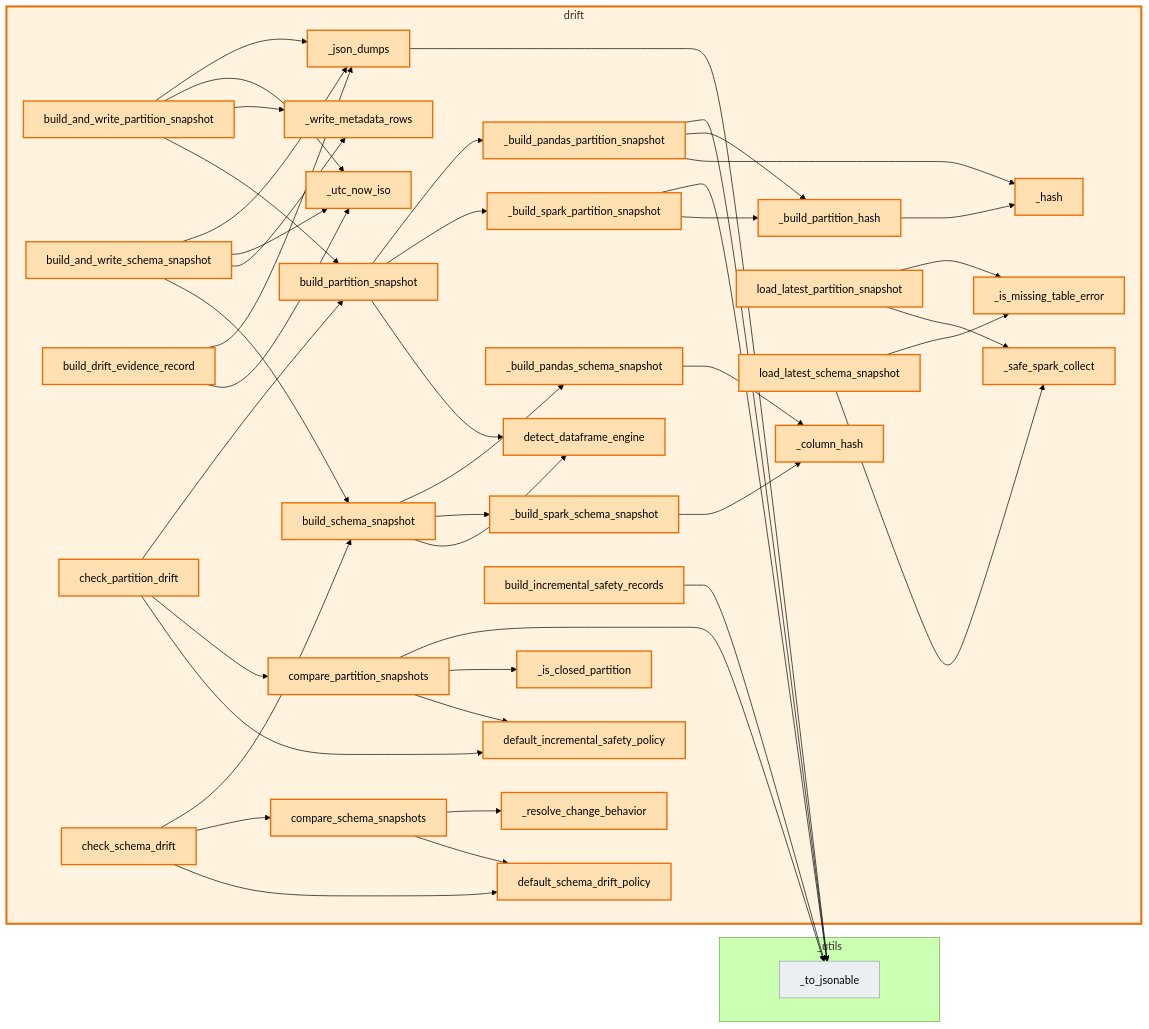
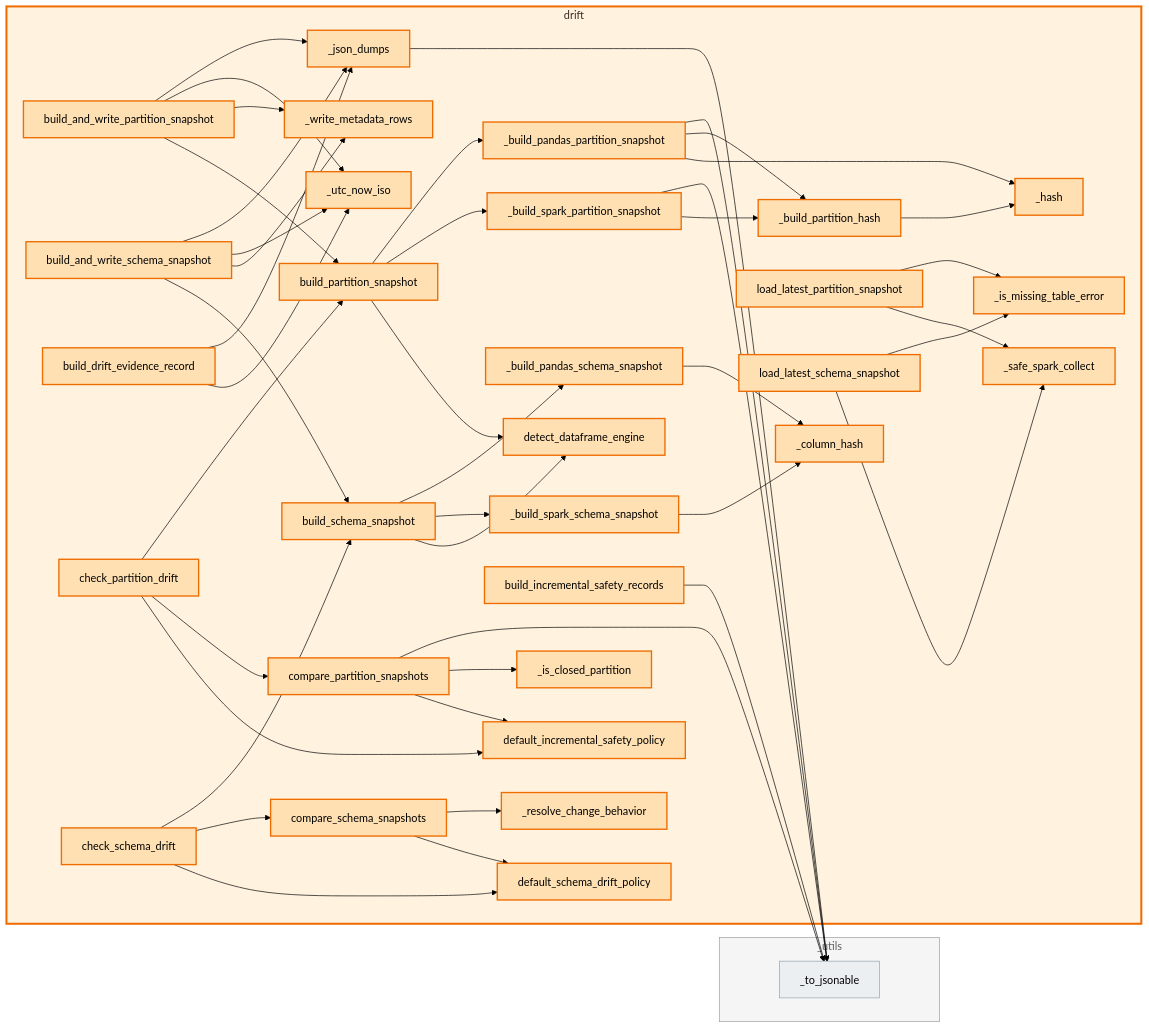
The diagram in docs/api/modules/drift.md (Voycepeh/FabricOps-Starter-Kit), drawn with Mermaid (forest theme) before and after one commit. The commit also changed other lines of this file and 14 other files, not shown here.

````diff
--- a/docs/api/modules/drift.md
+++ b/docs/api/modules/drift.md
@@ -222,6 +222,7 @@
   fabricops_kit_drift_load_latest_schema_snapshot --> fabricops_kit_drift__is_missing_table_error
   fabricops_kit_drift_load_latest_schema_snapshot --> fabricops_kit_drift__safe_spark_collect
   class m_drift currentModule;
+  class m__utils externalModule;
   class fabricops_kit_drift__build_pandas_partition_snapshot,fabricops_kit_drift__build_pandas_schema_snapshot,fabricops_kit_drift__build_partition_hash,fabricops_kit_drift__build_spark_partition_snapshot,fabricops_kit_drift__build_spark_schema_snapshot,fabricops_kit_drift__column_hash,fabricops_kit_drift__hash,fabricops_kit_drift__is_closed_partition,fabricops_kit_drift__is_missing_table_error,fabricops_kit_drift__json_dumps,fabricops_kit_drift__resolve_change_behavior,fabricops_kit_drift__safe_spark_collect,fabricops_kit_drift__utc_now_iso,fabricops_kit_drift__write_metadata_rows,fabricops_kit_drift_build_and_write_partition_snapshot,fabricops_kit_drift_build_and_write_schema_snapshot,fabricops_kit_drift_build_drift_evidence_record,fabricops_kit_drift_build_incremental_safety_records,fabricops_kit_drift_build_partition_snapshot,fabricops_kit_drift_build_schema_snapshot,fabricops_kit_drift_check_partition_drift,fabricops_kit_drift_check_schema_drift,fabricops_kit_drift_compare_partition_snapshots,fabricops_kit_drift_compare_schema_snapshots,fabricops_kit_drift_default_incremental_safety_policy,fabricops_kit_drift_default_schema_drift_policy,fabricops_kit_drift_detect_dataframe_engine,fabricops_kit_drift_load_latest_partition_snapshot,fabricops_kit_drift_load_latest_schema_snapshot currentCallable;
   class fabricops_kit__utils__to_jsonable externalCallable;
 ```
````
